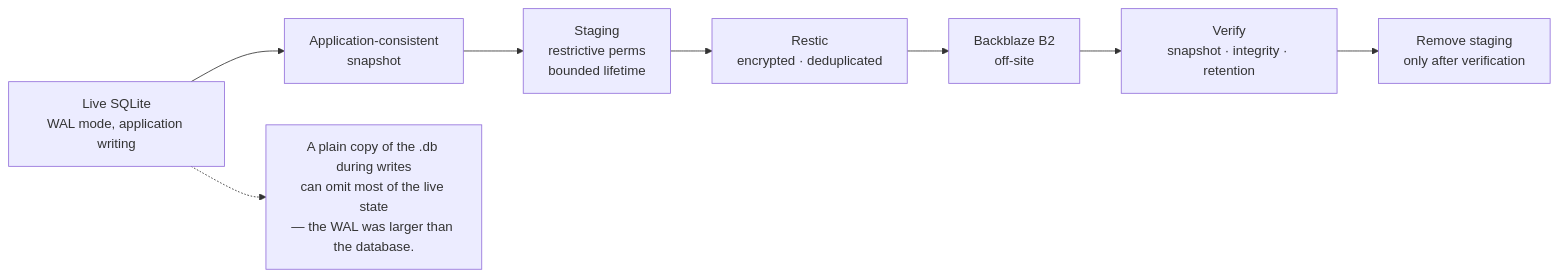
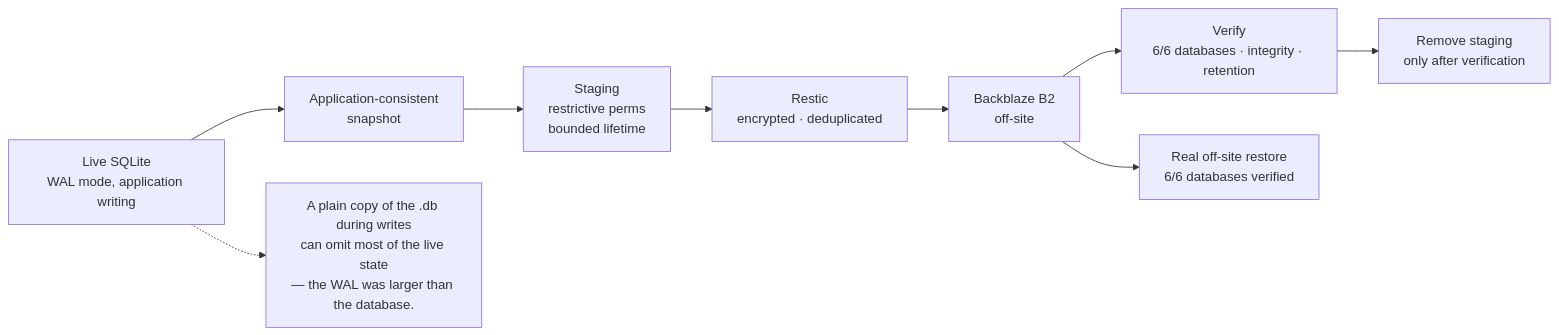
The fifth of 8 diagrams in diagrams/README.md (92pablocosta/vps-public-portfolio), drawn with Mermaid before and after one commit. The commit also changed other lines of this file and 9 other files, not shown here.

````diff
--- a/diagrams/README.md
+++ b/diagrams/README.md
@@ -126,16 +126,19 @@
 ```mermaid
 flowchart LR
     live["Live SQLite<br/>WAL mode, application writing"]
     snap["Application-consistent<br/>snapshot"]
     stage["Staging<br/>restrictive perms<br/>bounded lifetime"]
     restic["Restic<br/>encrypted · deduplicated"]
     b2["Backblaze B2<br/>off-site"]
-    verify["Verify<br/>snapshot · integrity · retention"]
+    verify["Verify<br/>6/6 databases · integrity · retention"]
     clean["Remove staging<br/>only after verification"]
 
     live --> snap --> stage --> restic --> b2
     b2 --> verify --> clean
 
+    restore["Real off-site restore<br/>6/6 databases verified"]
+    b2 --> restore
+
     warn["A plain copy of the .db during writes<br/>can omit most of the live state<br/>— the WAL was larger than the database."]
     live -.-> warn
 ```
````
